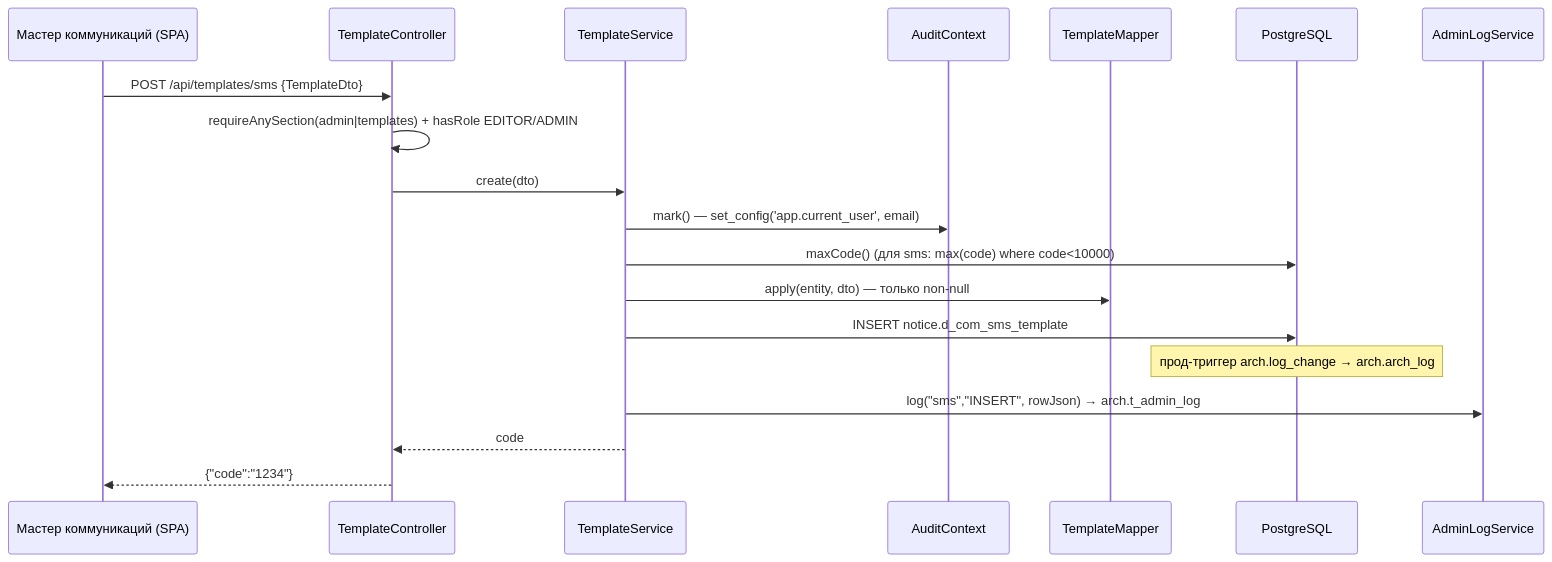
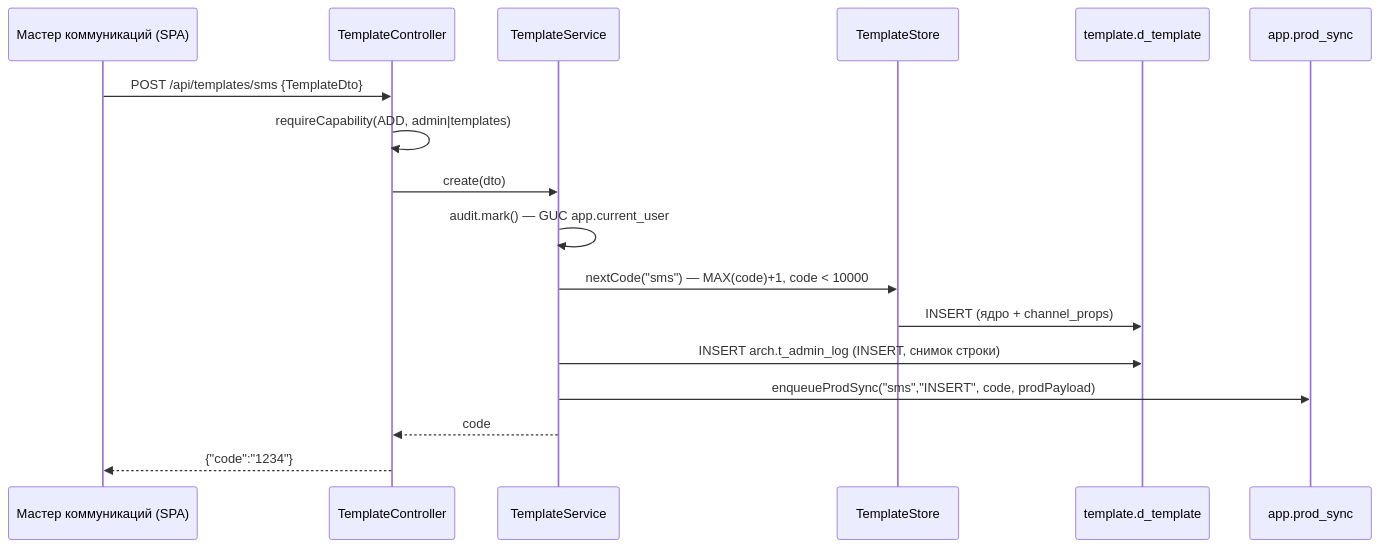
Before and after one commit to AlexRaisky/crm.banki.ru: the diagram in crm-admin/docs/Backend/Шаблоны и мастер коммуникаций.md, drawn with Mermaid. The commit also changed other lines of this file and 27 other files, not shown here.

````diff
--- a/crm-admin/docs/Backend/Шаблоны и мастер коммуникаций.md
+++ b/crm-admin/docs/Backend/Шаблоны и мастер коммуникаций.md
@@ -155,22 +133,20 @@
 ```mermaid
 sequenceDiagram
     participant UI as Мастер коммуникаций (SPA)
     participant TC as TemplateController
     participant TS as TemplateService
-    participant AC as AuditContext
-    participant TM as TemplateMapper
-    participant DB as PostgreSQL
-    participant AL as AdminLogService
+    participant ST as TemplateStore
+    participant DB as template.d_template
+    participant Q as app.prod_sync
 
     UI->>TC: POST /api/templates/sms {TemplateDto}
-    TC->>TC: requireAnySection(admin|templates) + hasRole EDITOR/ADMIN
+    TC->>TC: requireCapability(ADD, admin|templates)
     TC->>TS: create(dto)
-    TS->>AC: mark() — set_config('app.current_user', email)
-    TS->>DB: maxCode() (для sms: max(code) where code<10000)
-    TS->>TM: apply(entity, dto) — только non-null
-    TS->>DB: INSERT notice.d_com_sms_template
-    Note over DB: прод-триггер arch.log_change → arch.arch_log
-    TS->>AL: log("sms","INSERT", rowJson) → arch.t_admin_log
+    TS->>TS: audit.mark() — GUC app.current_user
+    TS->>ST: nextCode("sms") — MAX(code)+1, code < 10000
+    ST->>DB: INSERT (ядро + channel_props)
+    TS->>DB: INSERT arch.t_admin_log (INSERT, снимок строки)
+    TS->>Q: enqueueProdSync("sms","INSERT", code, prodPayload)
     TS-->>TC: code
     TC-->>UI: {"code":"1234"}
 ```
````
